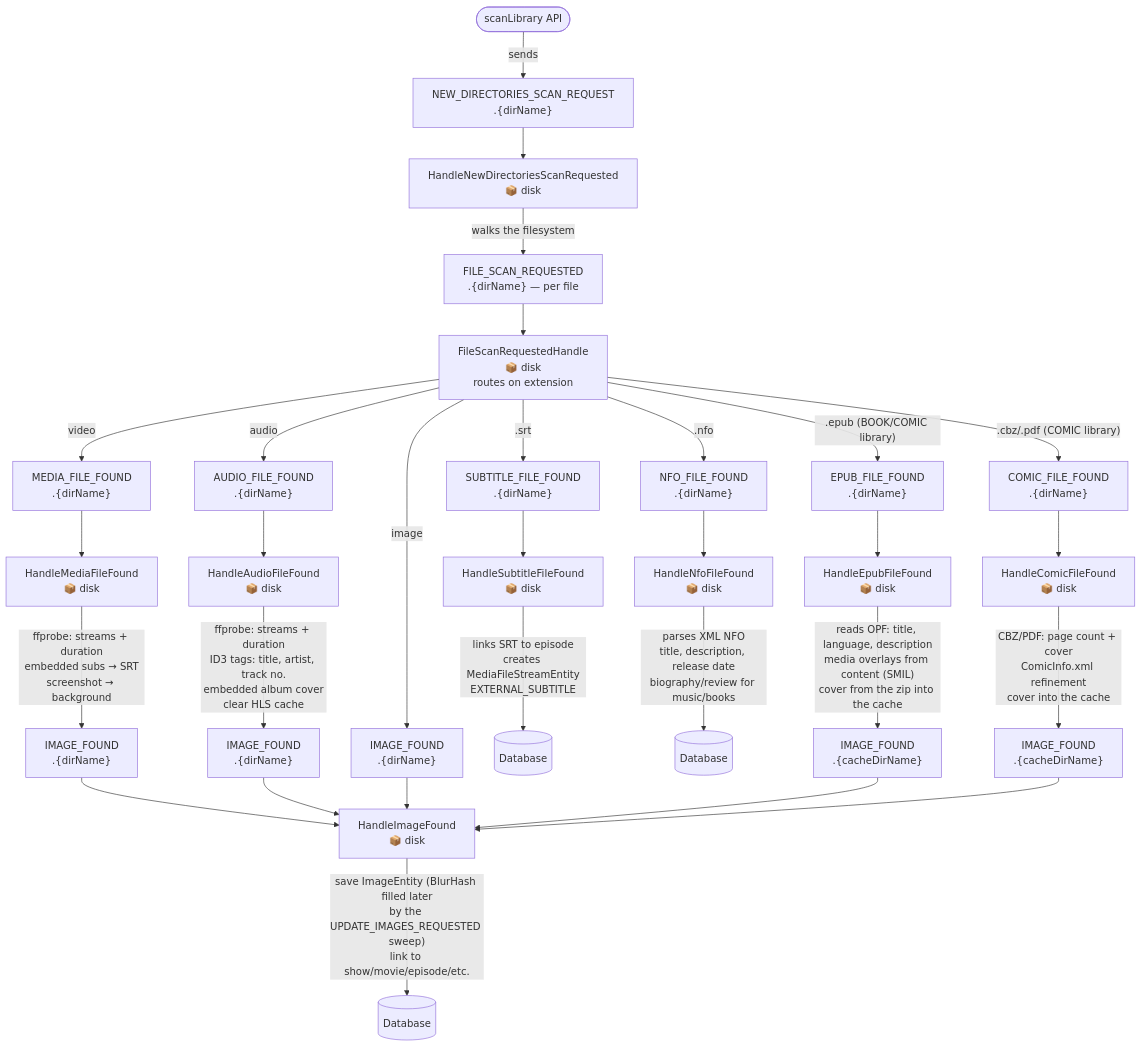
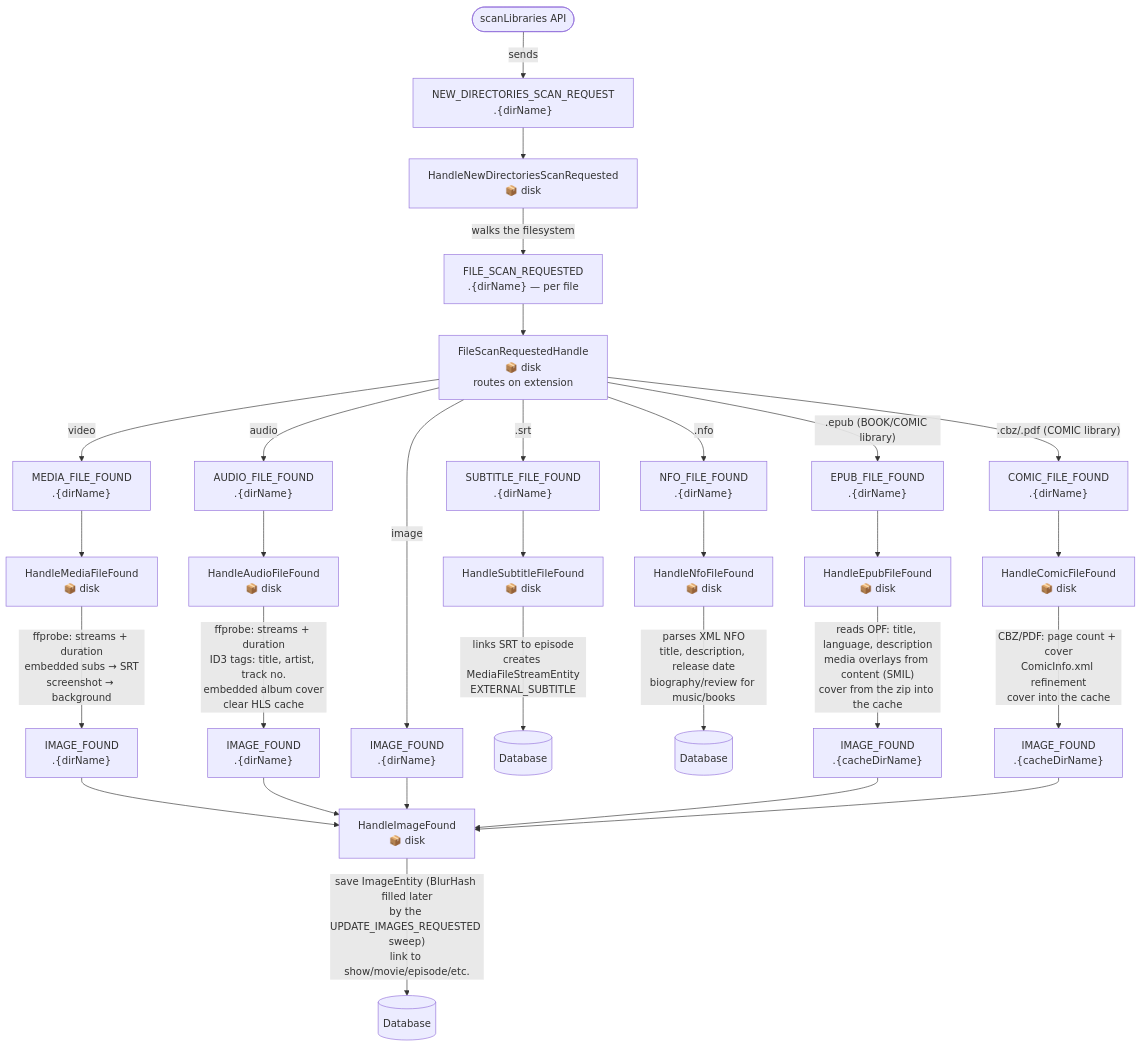
The diagram in doc/architecture/diagrams/scan-flow.md (ister-app/server), drawn with Mermaid before and after one commit. The commit also changed other lines of this file and 23 other files, not shown here.

First line of the commit message:
docs: describe the redesigned maintenance flows

````diff
--- a/doc/architecture/diagrams/scan-flow.md
+++ b/doc/architecture/diagrams/scan-flow.md
@@ -7,44 +7,44 @@
 ```mermaid
 flowchart TD
-    API([scanLibrary API]) -->|sends| A
+    API([scanLibraries API]) -->|sends| A
 
     A["NEW_DIRECTORIES_SCAN_REQUEST\n.{dirName}"]
     A --> B["HandleNewDirectoriesScanRequested\n📦 disk"]
     B -->|walks the filesystem| C
 
     C["FILE_SCAN_REQUESTED\n.{dirName} — per file"]
     C --> D["FileScanRequestedHandle\n📦 disk\nroutes on extension"]
 
     D -->|video| E["MEDIA_FILE_FOUND\n.{dirName}"]
     D -->|audio| F["AUDIO_FILE_FOUND\n.{dirName}"]
     D -->|".epub (BOOK/COMIC library)"| EP["EPUB_FILE_FOUND\n.{dirName}"]
     D -->|".cbz/.pdf (COMIC library)"| CO["COMIC_FILE_FOUND\n.{dirName}"]
     D -->|.srt| G["SUBTITLE_FILE_FOUND\n.{dirName}"]
     D -->|image| H["IMAGE_FOUND\n.{dirName}"]
     D -->|.nfo| I["NFO_FILE_FOUND\n.{dirName}"]
 
     E --> J["HandleMediaFileFound\n📦 disk"]
     J -->|"ffprobe: streams + duration\nembedded subs → SRT\nscreenshot → background"| K["IMAGE_FOUND\n.{dirName}"]
 
     F --> L["HandleAudioFileFound\n📦 disk"]
     L -->|"ffprobe: streams + duration\nID3 tags: title, artist, track no.\nembedded album cover\nclear HLS cache"| M["IMAGE_FOUND\n.{dirName}"]
 
     G --> N["HandleSubtitleFileFound\n📦 disk"]
     N -->|"links SRT to episode\ncreates MediaFileStreamEntity\nEXTERNAL_SUBTITLE"| DB1[(Database)]
 
     K --> O["HandleImageFound\n📦 disk"]
     M --> O
     H --> O
     O -->|"save ImageEntity (BlurHash filled later\nby the UPDATE_IMAGES_REQUESTED sweep)\nlink to show/movie/episode/etc."| DB2[(Database)]
 
     I --> P["HandleNfoFileFound\n📦 disk"]
     P -->|"parses XML NFO\ntitle, description, release date\nbiography/review for music/books"| DB3[(Database)]
 
     EP --> Q["HandleEpubFileFound\n📦 disk"]
     Q -->|"reads OPF: title, language, description\nmedia overlays from content (SMIL)\ncover from the zip into the cache"| R["IMAGE_FOUND\n.{cacheDirName}"]
     R --> O
 
     CO --> S["HandleComicFileFound\n📦 disk"]
     S -->|"CBZ/PDF: page count + cover\nComicInfo.xml refinement\ncover into the cache"| T["IMAGE_FOUND\n.{cacheDirName}"]
     T --> O
 ```
````
